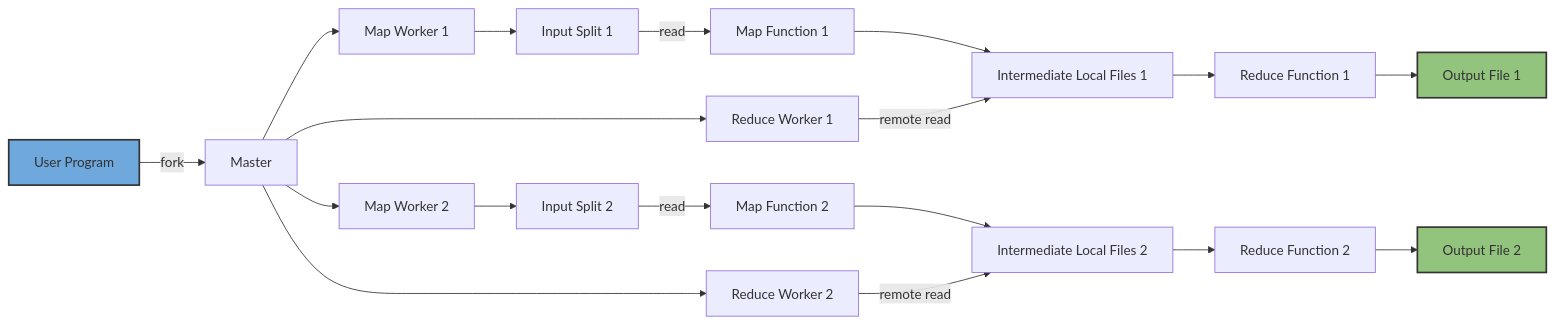
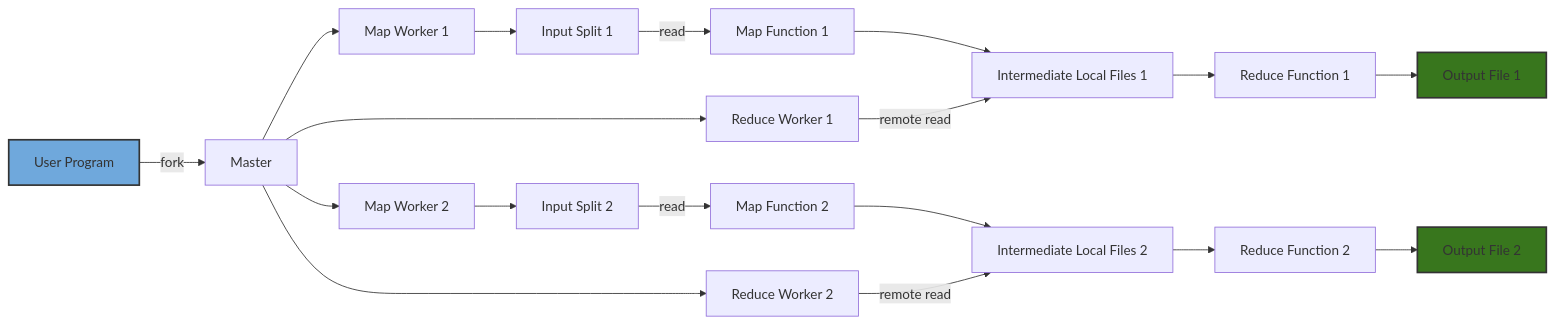
One commit to klaytoncastro/idp-bigdata changed the diagram in hadoop/README.md. Above: the diagram before and after it, drawn with Mermaid.

Commit message:
Update Hadoop

````diff
--- a/hadoop/README.md
+++ b/hadoop/README.md
@@ -72,29 +72,30 @@
 ```mermaid
 graph LR
     A[User Program] -->|fork| B[Master];
     
     %% Map Phase
     B --> C1[Map Worker 1];
     B --> C2[Map Worker 2];
     C1 --> D1[Input Split 1];
     C2 --> D2[Input Split 2];
     D1 -->|read| E1[Map Function 1];
     D2 -->|read| E2[Map Function 2];
     E1 --> F1[Intermediate Local Files 1];
     E2 --> F2[Intermediate Local Files 2];
 
     %% Reduce Phase
     B --> G1[Reduce Worker 1];
     B --> G2[Reduce Worker 2];
     G1 -->|remote read| F1;
     G2 -->|remote read| F2;
     F1 --> H1[Reduce Function 1];
     F2 --> H2[Reduce Function 2];
     H1 --> I1[Output File 1];
     H2 --> I2[Output File 2];
 
-    %% Destaques visuais (cores compatíveis com dark/light GitHub)
-    style A fill:#6FA8DC,stroke:#333,stroke-width:2px
-    style I1 fill:#93C47D,stroke:#333,stroke-width:2px
-    style I2 fill:#93C47D,stroke:#333,stroke-width:2px
+%% Estilos globais para o tema escuro e claro
+    classDef user fill:#6FA8DC,stroke:#333,stroke-width:2px;
+    classDef output fill:#38761D,stroke:#333,stroke-width:2px;
+    class A user;
+    class I1,I2 output;
 ```
````
